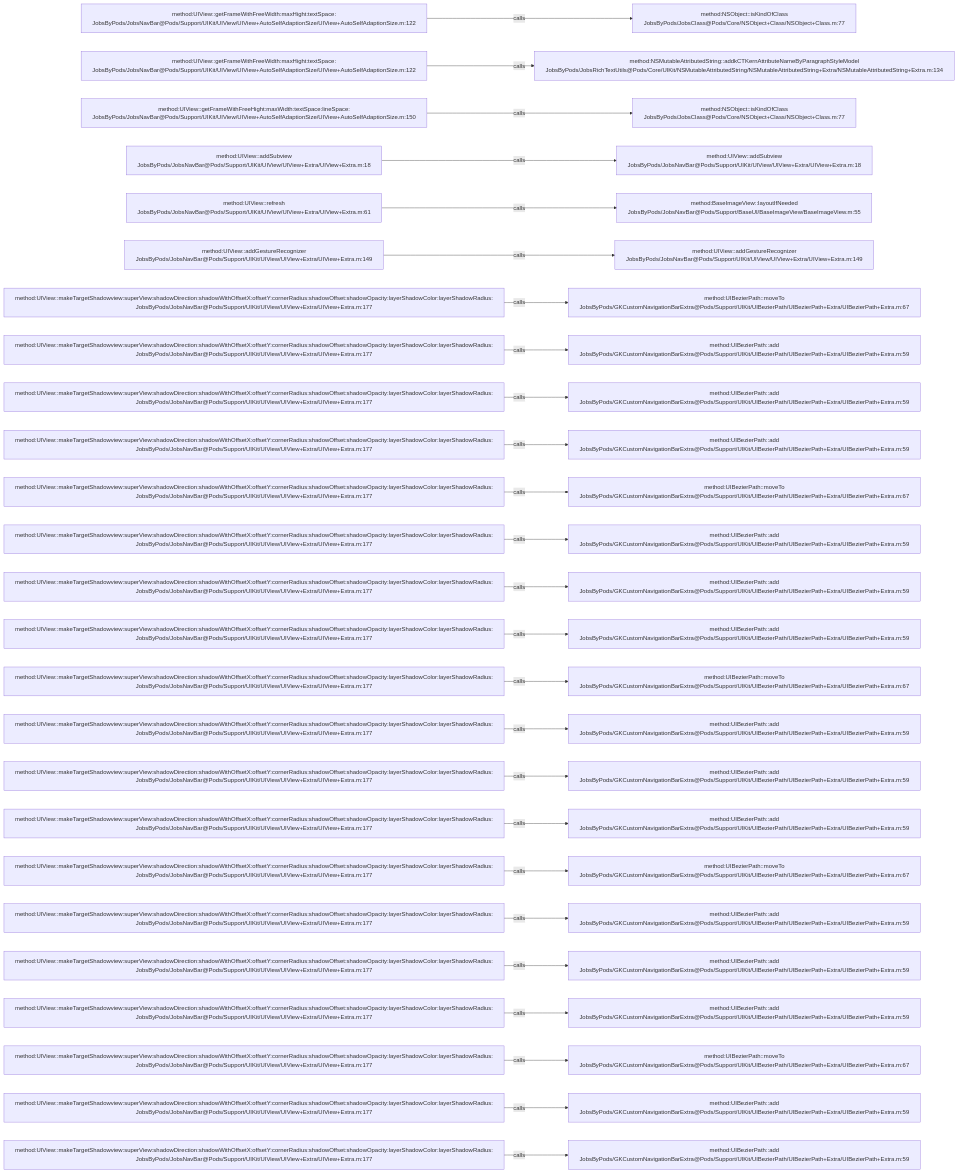
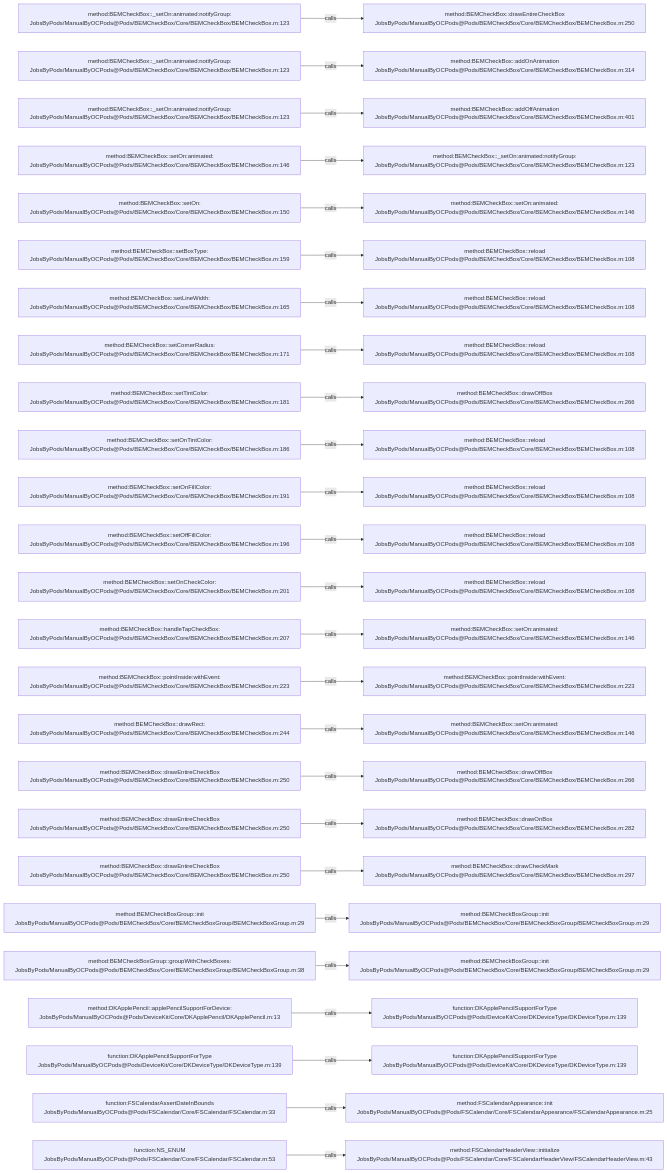
One commit to JobsKits/JobsOCBaseConfigDemo changed the diagram in .codegraph/codegraph.md/graphs/calls-119.md. Above: the diagram before and after it, drawn with Mermaid. The commit also changed 573 other files, not shown here.

````diff
--- a/.codegraph/codegraph.md/graphs/calls-119.md
+++ b/.codegraph/codegraph.md/graphs/calls-119.md
@@ -13,78 +13,78 @@
 ```mermaid
 flowchart LR
-  S1["method:UIView::getFrameWithFreeWidth:maxHight:textSpace:<br/>JobsByPods/JobsNavBar@Pods/Support/UIKit/UIView/UIView+AutoSelfAdaptionSize/UIView+AutoSelfAdaptionSize.m:122"]
-  T1["method:NSObject::isKindOfClass<br/>JobsByPods/JobsClass@Pods/Core/NSObject+Class/NSObject+Class.m:77"]
+  S1["method:BEMCheckBox::_setOn:animated:notifyGroup:<br/>JobsByPods/ManualByOCPods@Pods/BEMCheckBox/Core/BEMCheckBox/BEMCheckBox.m:123"]
+  T1["method:BEMCheckBox::drawEntireCheckBox<br/>JobsByPods/ManualByOCPods@Pods/BEMCheckBox/Core/BEMCheckBox/BEMCheckBox.m:250"]
   S1 -->|calls| T1
-  S2["method:UIView::getFrameWithFreeWidth:maxHight:textSpace:<br/>JobsByPods/JobsNavBar@Pods/Support/UIKit/UIView/UIView+AutoSelfAdaptionSize/UIView+AutoSelfAdaptionSize.m:122"]
-  T2["method:NSMutableAttributedString::addkCTKernAttributeNameByParagraphStyleModel<br/>JobsByPods/JobsRichTextUtils@Pods/Core/UIKit/NSMutableAttributedString/NSMutableAttributedString+Extra/NSMutableAttributedString+Extra.m:134"]
+  S2["method:BEMCheckBox::_setOn:animated:notifyGroup:<br/>JobsByPods/ManualByOCPods@Pods/BEMCheckBox/Core/BEMCheckBox/BEMCheckBox.m:123"]
+  T2["method:BEMCheckBox::addOnAnimation<br/>JobsByPods/ManualByOCPods@Pods/BEMCheckBox/Core/BEMCheckBox/BEMCheckBox.m:314"]
   S2 -->|calls| T2
-  S3["method:UIView::getFrameWithFreeHight:maxWidth:textSpace:lineSpace:<br/>JobsByPods/JobsNavBar@Pods/Support/UIKit/UIView/UIView+AutoSelfAdaptionSize/UIView+AutoSelfAdaptionSize.m:150"]
-  T3["method:NSObject::isKindOfClass<br/>JobsByPods/JobsClass@Pods/Core/NSObject+Class/NSObject+Class.m:77"]
+  S3["method:BEMCheckBox::_setOn:animated:notifyGroup:<br/>JobsByPods/ManualByOCPods@Pods/BEMCheckBox/Core/BEMCheckBox/BEMCheckBox.m:123"]
+  T3["method:BEMCheckBox::addOffAnimation<br/>JobsByPods/ManualByOCPods@Pods/BEMCheckBox/Core/BEMCheckBox/BEMCheckBox.m:401"]
   S3 -->|calls| T3
-  S4["method:UIView::addSubview<br/>JobsByPods/JobsNavBar@Pods/Support/UIKit/UIView/UIView+Extra/UIView+Extra.m:18"]
-  T4["method:UIView::addSubview<br/>JobsByPods/JobsNavBar@Pods/Support/UIKit/UIView/UIView+Extra/UIView+Extra.m:18"]
+  S4["method:BEMCheckBox::setOn:animated:<br/>JobsByPods/ManualByOCPods@Pods/BEMCheckBox/Core/BEMCheckBox/BEMCheckBox.m:146"]
+  T4["method:BEMCheckBox::_setOn:animated:notifyGroup:<br/>JobsByPods/ManualByOCPods@Pods/BEMCheckBox/Core/BEMCheckBox/BEMCheckBox.m:123"]
   S4 -->|calls| T4
-  S5["method:UIView::refresh<br/>JobsByPods/JobsNavBar@Pods/Support/UIKit/UIView/UIView+Extra/UIView+Extra.m:61"]
-  T5["method:BaseImageView::layoutIfNeeded<br/>JobsByPods/JobsNavBar@Pods/Support/BaseUI/BaseImageView/BaseImageView.m:55"]
+  S5["method:BEMCheckBox::setOn:<br/>JobsByPods/ManualByOCPods@Pods/BEMCheckBox/Core/BEMCheckBox/BEMCheckBox.m:150"]
+  T5["method:BEMCheckBox::setOn:animated:<br/>JobsByPods/ManualByOCPods@Pods/BEMCheckBox/Core/BEMCheckBox/BEMCheckBox.m:146"]
   S5 -->|calls| T5
-  S6["method:UIView::addGestureRecognizer<br/>JobsByPods/JobsNavBar@Pods/Support/UIKit/UIView/UIView+Extra/UIView+Extra.m:149"]
-  T6["method:UIView::addGestureRecognizer<br/>JobsByPods/JobsNavBar@Pods/Support/UIKit/UIView/UIView+Extra/UIView+Extra.m:149"]
+  S6["method:BEMCheckBox::setBoxType:<br/>JobsByPods/ManualByOCPods@Pods/BEMCheckBox/Core/BEMCheckBox/BEMCheckBox.m:159"]
+  T6["method:BEMCheckBox::reload<br/>JobsByPods/ManualByOCPods@Pods/BEMCheckBox/Core/BEMCheckBox/BEMCheckBox.m:108"]
   S6 -->|calls| T6
-  S7["method:UIView::makeTargetShadowview:superView:shadowDirection:shadowWithOffsetX:offsetY:cornerRadius:shadowOffset:shadowOpacity:layerShadowColor:layerShadowRadius:<br/>JobsByPods/JobsNavBar@Pods/Support/UIKit/UIView/UIView+Extra/UIView+Extra.m:177"]
-  T7["method:UIBezierPath::moveTo<br/>JobsByPods/GKCustomNavigationBarExtra@Pods/Support/UIKit/UIBezierPath/UIBezierPath+Extra/UIBezierPath+Extra.m:67"]
+  S7["method:BEMCheckBox::setLineWidth:<br/>JobsByPods/ManualByOCPods@Pods/BEMCheckBox/Core/BEMCheckBox/BEMCheckBox.m:165"]
+  T7["method:BEMCheckBox::reload<br/>JobsByPods/ManualByOCPods@Pods/BEMCheckBox/Core/BEMCheckBox/BEMCheckBox.m:108"]
   S7 -->|calls| T7
-  S8["method:UIView::makeTargetShadowview:superView:shadowDirection:shadowWithOffsetX:offsetY:cornerRadius:shadowOffset:shadowOpacity:layerShadowColor:layerShadowRadius:<br/>JobsByPods/JobsNavBar@Pods/Support/UIKit/UIView/UIView+Extra/UIView+Extra.m:177"]
-  T8["method:UIBezierPath::add<br/>JobsByPods/GKCustomNavigationBarExtra@Pods/Support/UIKit/UIBezierPath/UIBezierPath+Extra/UIBezierPath+Extra.m:59"]
+  S8["method:BEMCheckBox::setCornerRadius:<br/>JobsByPods/ManualByOCPods@Pods/BEMCheckBox/Core/BEMCheckBox/BEMCheckBox.m:171"]
+  T8["method:BEMCheckBox::reload<br/>JobsByPods/ManualByOCPods@Pods/BEMCheckBox/Core/BEMCheckBox/BEMCheckBox.m:108"]
   S8 -->|calls| T8
-  S9["method:UIView::makeTargetShadowview:superView:shadowDirection:shadowWithOffsetX:offsetY:cornerRadius:shadowOffset:shadowOpacity:layerShadowColor:layerShadowRadius:<br/>JobsByPods/JobsNavBar@Pods/Support/UIKit/UIView/UIView+Extra/UIView+Extra.m:177"]
-  T9["method:UIBezierPath::add<br/>JobsByPods/GKCustomNavigationBarExtra@Pods/Support/UIKit/UIBezierPath/UIBezierPath+Extra/UIBezierPath+Extra.m:59"]
+  S9["method:BEMCheckBox::setTintColor:<br/>JobsByPods/ManualByOCPods@Pods/BEMCheckBox/Core/BEMCheckBox/BEMCheckBox.m:181"]
+  T9["method:BEMCheckBox::drawOffBox<br/>JobsByPods/ManualByOCPods@Pods/BEMCheckBox/Core/BEMCheckBox/BEMCheckBox.m:266"]
   S9 -->|calls| T9
-  S10["method:UIView::makeTargetShadowview:superView:shadowDirection:shadowWithOffsetX:offsetY:cornerRadius:shadowOffset:shadowOpacity:layerShadowColor:layerShadowRadius:<br/>JobsByPods/JobsNavBar@Pods/Support/UIKit/UIView/UIView+Extra/UIView+Extra.m:177"]
-  T10["method:UIBezierPath::add<br/>JobsByPods/GKCustomNavigationBarExtra@Pods/Support/UIKit/UIBezierPath/UIBezierPath+Extra/UIBezierPath+Extra.m:59"]
+  S10["method:BEMCheckBox::setOnTintColor:<br/>JobsByPods/ManualByOCPods@Pods/BEMCheckBox/Core/BEMCheckBox/BEMCheckBox.m:186"]
+  T10["method:BEMCheckBox::reload<br/>JobsByPods/ManualByOCPods@Pods/BEMCheckBox/Core/BEMCheckBox/BEMCheckBox.m:108"]
   S10 -->|calls| T10
-  S11["method:UIView::makeTargetShadowview:superView:shadowDirection:shadowWithOffsetX:offsetY:cornerRadius:shadowOffset:shadowOpacity:layerShadowColor:layerShadowRadius:<br/>JobsByPods/JobsNavBar@Pods/Support/UIKit/UIView/UIView+Extra/UIView+Extra.m:177"]
-  T11["method:UIBezierPath::moveTo<br/>JobsByPods/GKCustomNavigationBarExtra@Pods/Support/UIKit/UIBezierPath/UIBezierPath+Extra/UIBezierPath+Extra.m:67"]
+  S11["method:BEMCheckBox::setOnFillColor:<br/>JobsByPods/ManualByOCPods@Pods/BEMCheckBox/Core/BEMCheckBox/BEMCheckBox.m:191"]
+  T11["method:BEMCheckBox::reload<br/>JobsByPods/ManualByOCPods@Pods/BEMCheckBox/Core/BEMCheckBox/BEMCheckBox.m:108"]
   S11 -->|calls| T11
-  S12["method:UIView::makeTargetShadowview:superView:shadowDirection:shadowWithOffsetX:offsetY:cornerRadius:shadowOffset:shadowOpacity:layerShadowColor:layerShadowRadius:<br/>JobsByPods/JobsNavBar@Pods/Support/UIKit/UIView/UIView+Extra/UIView+Extra.m:177"]
-  T12["method:UIBezierPath::add<br/>JobsByPods/GKCustomNavigationBarExtra@Pods/Support/UIKit/UIBezierPath/UIBezierPath+Extra/UIBezierPath+Extra.m:59"]
+  S12["method:BEMCheckBox::setOffFillColor:<br/>JobsByPods/ManualByOCPods@Pods/BEMCheckBox/Core/BEMCheckBox/BEMCheckBox.m:196"]
+  T12["method:BEMCheckBox::reload<br/>JobsByPods/ManualByOCPods@Pods/BEMCheckBox/Core/BEMCheckBox/BEMCheckBox.m:108"]
   S12 -->|calls| T12
-  S13["method:UIView::makeTargetShadowview:superView:shadowDirection:shadowWithOffsetX:offsetY:cornerRadius:shadowOffset:shadowOpacity:layerShadowColor:layerShadowRadius:<br/>JobsByPods/JobsNavBar@Pods/Support/UIKit/UIView/UIView+Extra/UIView+Extra.m:177"]
-  T13["method:UIBezierPath::add<br/>JobsByPods/GKCustomNavigationBarExtra@Pods/Support/UIKit/UIBezierPath/UIBezierPath+Extra/UIBezierPath+Extra.m:59"]
+  S13["method:BEMCheckBox::setOnCheckColor:<br/>JobsByPods/ManualByOCPods@Pods/BEMCheckBox/Core/BEMCheckBox/BEMCheckBox.m:201"]
+  T13["method:BEMCheckBox::reload<br/>JobsByPods/ManualByOCPods@Pods/BEMCheckBox/Core/BEMCheckBox/BEMCheckBox.m:108"]
   S13 -->|calls| T13
-  S14["method:UIView::makeTargetShadowview:superView:shadowDirection:shadowWithOffsetX:offsetY:cornerRadius:shadowOffset:shadowOpacity:layerShadowColor:layerShadowRadius:<br/>JobsByPods/JobsNavBar@Pods/Support/UIKit/UIView/UIView+Extra/UIView+Extra.m:177"]
-  T14["method:UIBezierPath::add<br/>JobsByPods/GKCustomNavigationBarExtra@Pods/Support/UIKit/UIBezierPath/UIBezierPath+Extra/UIBezierPath+Extra.m:59"]
+  S14["method:BEMCheckBox::handleTapCheckBox:<br/>JobsByPods/ManualByOCPods@Pods/BEMCheckBox/Core/BEMCheckBox/BEMCheckBox.m:207"]
+  T14["method:BEMCheckBox::setOn:animated:<br/>JobsByPods/ManualByOCPods@Pods/BEMCheckBox/Core/BEMCheckBox/BEMCheckBox.m:146"]
   S14 -->|calls| T14
-  S15["method:UIView::makeTargetShadowview:superView:shadowDirection:shadowWithOffsetX:offsetY:cornerRadius:shadowOffset:shadowOpacity:layerShadowColor:layerShadowRadius:<br/>JobsByPods/JobsNavBar@Pods/Support/UIKit/UIView/UIView+Extra/UIView+Extra.m:177"]
-  T15["method:UIBezierPath::moveTo<br/>JobsByPods/GKCustomNavigationBarExtra@Pods/Support/UIKit/UIBezierPath/UIBezierPath+Extra/UIBezierPath+Extra.m:67"]
+  S15["method:BEMCheckBox::pointInside:withEvent:<br/>JobsByPods/ManualByOCPods@Pods/BEMCheckBox/Core/BEMCheckBox/BEMCheckBox.m:223"]
+  T15["method:BEMCheckBox::pointInside:withEvent:<br/>JobsByPods/ManualByOCPods@Pods/BEMCheckBox/Core/BEMCheckBox/BEMCheckBox.m:223"]
   S15 -->|calls| T15
-  S16["method:UIView::makeTargetShadowview:superView:shadowDirection:shadowWithOffsetX:offsetY:cornerRadius:shadowOffset:shadowOpacity:layerShadowColor:layerShadowRadius:<br/>JobsByPods/JobsNavBar@Pods/Support/UIKit/UIView/UIView+Extra/UIView+Extra.m:177"]
-  T16["method:UIBezierPath::add<br/>JobsByPods/GKCustomNavigationBarExtra@Pods/Support/UIKit/UIBezierPath/UIBezierPath+Extra/UIBezierPath+Extra.m:59"]
+  S16["method:BEMCheckBox::drawRect:<br/>JobsByPods/ManualByOCPods@Pods/BEMCheckBox/Core/BEMCheckBox/BEMCheckBox.m:244"]
+  T16["method:BEMCheckBox::setOn:animated:<br/>JobsByPods/ManualByOCPods@Pods/BEMCheckBox/Core/BEMCheckBox/BEMCheckBox.m:146"]
   S16 -->|calls| T16
-  S17["method:UIView::makeTargetShadowview:superView:shadowDirection:shadowWithOffsetX:offsetY:cornerRadius:shadowOffset:shadowOpacity:layerShadowColor:layerShadowRadius:<br/>JobsByPods/JobsNavBar@Pods/Support/UIKit/UIView/UIView+Extra/UIView+Extra.m:177"]
-  T17["method:UIBezierPath::add<br/>JobsByPods/GKCustomNavigationBarExtra@Pods/Support/UIKit/UIBezierPath/UIBezierPath+Extra/UIBezierPath+Extra.m:59"]
+  S17["method:BEMCheckBox::drawEntireCheckBox<br/>JobsByPods/ManualByOCPods@Pods/BEMCheckBox/Core/BEMCheckBox/BEMCheckBox.m:250"]
+  T17["method:BEMCheckBox::drawOffBox<br/>JobsByPods/ManualByOCPods@Pods/BEMCheckBox/Core/BEMCheckBox/BEMCheckBox.m:266"]
   S17 -->|calls| T17
-  S18["method:UIView::makeTargetShadowview:superView:shadowDirection:shadowWithOffsetX:offsetY:cornerRadius:shadowOffset:shadowOpacity:layerShadowColor:layerShadowRadius:<br/>JobsByPods/JobsNavBar@Pods/Support/UIKit/UIView/UIView+Extra/UIView+Extra.m:177"]
-  T18["method:UIBezierPath::add<br/>JobsByPods/GKCustomNavigationBarExtra@Pods/Support/UIKit/UIBezierPath/UIBezierPath+Extra/UIBezierPath+Extra.m:59"]
+  S18["method:BEMCheckBox::drawEntireCheckBox<br/>JobsByPods/ManualByOCPods@Pods/BEMCheckBox/Core/BEMCheckBox/BEMCheckBox.m:250"]
+  T18["method:BEMCheckBox::drawOnBox<br/>JobsByPods/ManualByOCPods@Pods/BEMCheckBox/Core/BEMCheckBox/BEMCheckBox.m:282"]
   S18 -->|calls| T18
-  S19["method:UIView::makeTargetShadowview:superView:shadowDirection:shadowWithOffsetX:offsetY:cornerRadius:shadowOffset:shadowOpacity:layerShadowColor:layerShadowRadius:<br/>JobsByPods/JobsNavBar@Pods/Support/UIKit/UIView/UIView+Extra/UIView+Extra.m:177"]
-  T19["method:UIBezierPath::moveTo<br/>JobsByPods/GKCustomNavigationBarExtra@Pods/Support/UIKit/UIBezierPath/UIBezierPath+Extra/UIBezierPath+Extra.m:67"]
+  S19["method:BEMCheckBox::drawEntireCheckBox<br/>JobsByPods/ManualByOCPods@Pods/BEMCheckBox/Core/BEMCheckBox/BEMCheckBox.m:250"]
+  T19["method:BEMCheckBox::drawCheckMark<br/>JobsByPods/ManualByOCPods@Pods/BEMCheckBox/Core/BEMCheckBox/BEMCheckBox.m:297"]
   S19 -->|calls| T19
-  S20["method:UIView::makeTargetShadowview:superView:shadowDirection:shadowWithOffsetX:offsetY:cornerRadius:shadowOffset:shadowOpacity:layerShadowColor:layerShadowRadius:<br/>JobsByPods/JobsNavBar@Pods/Support/UIKit/UIView/UIView+Extra/UIView+Extra.m:177"]
-  T20["method:UIBezierPath::add<br/>JobsByPods/GKCustomNavigationBarExtra@Pods/Support/UIKit/UIBezierPath/UIBezierPath+Extra/UIBezierPath+Extra.m:59"]
+  S20["method:BEMCheckBoxGroup::init<br/>JobsByPods/ManualByOCPods@Pods/BEMCheckBox/Core/BEMCheckBoxGroup/BEMCheckBoxGroup.m:29"]
+  T20["method:BEMCheckBoxGroup::init<br/>JobsByPods/ManualByOCPods@Pods/BEMCheckBox/Core/BEMCheckBoxGroup/BEMCheckBoxGroup.m:29"]
   S20 -->|calls| T20
-  S21["method:UIView::makeTargetShadowview:superView:shadowDirection:shadowWithOffsetX:offsetY:cornerRadius:shadowOffset:shadowOpacity:layerShadowColor:layerShadowRadius:<br/>JobsByPods/JobsNavBar@Pods/Support/UIKit/UIView/UIView+Extra/UIView+Extra.m:177"]
-  T21["method:UIBezierPath::add<br/>JobsByPods/GKCustomNavigationBarExtra@Pods/Support/UIKit/UIBezierPath/UIBezierPath+Extra/UIBezierPath+Extra.m:59"]
+  S21["method:BEMCheckBoxGroup::groupWithCheckBoxes:<br/>JobsByPods/ManualByOCPods@Pods/BEMCheckBox/Core/BEMCheckBoxGroup/BEMCheckBoxGroup.m:38"]
+  T21["method:BEMCheckBoxGroup::init<br/>JobsByPods/ManualByOCPods@Pods/BEMCheckBox/Core/BEMCheckBoxGroup/BEMCheckBoxGroup.m:29"]
   S21 -->|calls| T21
-  S22["method:UIView::makeTargetShadowview:superView:shadowDirection:shadowWithOffsetX:offsetY:cornerRadius:shadowOffset:shadowOpacity:layerShadowColor:layerShadowRadius:<br/>JobsByPods/JobsNavBar@Pods/Support/UIKit/UIView/UIView+Extra/UIView+Extra.m:177"]
-  T22["method:UIBezierPath::add<br/>JobsByPods/GKCustomNavigationBarExtra@Pods/Support/UIKit/UIBezierPath/UIBezierPath+Extra/UIBezierPath+Extra.m:59"]
+  S22["method:DKApplePencil::applePencilSupportForDevice:<br/>JobsByPods/ManualByOCPods@Pods/DeviceKit/Core/DKApplePencil/DKApplePencil.m:13"]
+  T22["function:DKApplePencilSupportForType<br/>JobsByPods/ManualByOCPods@Pods/DeviceKit/Core/DKDeviceType/DKDeviceType.m:139"]
   S22 -->|calls| T22
-  S23["method:UIView::makeTargetShadowview:superView:shadowDirection:shadowWithOffsetX:offsetY:cornerRadius:shadowOffset:shadowOpacity:layerShadowColor:layerShadowRadius:<br/>JobsByPods/JobsNavBar@Pods/Support/UIKit/UIView/UIView+Extra/UIView+Extra.m:177"]
-  T23["method:UIBezierPath::moveTo<br/>JobsByPods/GKCustomNavigationBarExtra@Pods/Support/UIKit/UIBezierPath/UIBezierPath+Extra/UIBezierPath+Extra.m:67"]
+  S23["function:DKApplePencilSupportForType<br/>JobsByPods/ManualByOCPods@Pods/DeviceKit/Core/DKDeviceType/DKDeviceType.m:139"]
+  T23["function:DKApplePencilSupportForType<br/>JobsByPods/ManualByOCPods@Pods/DeviceKit/Core/DKDeviceType/DKDeviceType.m:139"]
   S23 -->|calls| T23
-  S24["method:UIView::makeTargetShadowview:superView:shadowDirection:shadowWithOffsetX:offsetY:cornerRadius:shadowOffset:shadowOpacity:layerShadowColor:layerShadowRadius:<br/>JobsByPods/JobsNavBar@Pods/Support/UIKit/UIView/UIView+Extra/UIView+Extra.m:177"]
-  T24["method:UIBezierPath::add<br/>JobsByPods/GKCustomNavigationBarExtra@Pods/Support/UIKit/UIBezierPath/UIBezierPath+Extra/UIBezierPath+Extra.m:59"]
+  S24["function:FSCalendarAssertDateInBounds<br/>JobsByPods/ManualByOCPods@Pods/FSCalendar/Core/FSCalendar/FSCalendar.m:33"]
+  T24["method:FSCalendarAppearance::init<br/>JobsByPods/ManualByOCPods@Pods/FSCalendar/Core/FSCalendarAppearance/FSCalendarAppearance.m:25"]
   S24 -->|calls| T24
-  S25["method:UIView::makeTargetShadowview:superView:shadowDirection:shadowWithOffsetX:offsetY:cornerRadius:shadowOffset:shadowOpacity:layerShadowColor:layerShadowRadius:<br/>JobsByPods/JobsNavBar@Pods/Support/UIKit/UIView/UIView+Extra/UIView+Extra.m:177"]
-  T25["method:UIBezierPath::add<br/>JobsByPods/GKCustomNavigationBarExtra@Pods/Support/UIKit/UIBezierPath/UIBezierPath+Extra/UIBezierPath+Extra.m:59"]
+  S25["function:NS_ENUM<br/>JobsByPods/ManualByOCPods@Pods/FSCalendar/Core/FSCalendar/FSCalendar.m:53"]
+  T25["method:FSCalendarHeaderView::initialize<br/>JobsByPods/ManualByOCPods@Pods/FSCalendar/Core/FSCalendarHeaderView/FSCalendarHeaderView.m:43"]
   S25 -->|calls| T25
 ```
````
